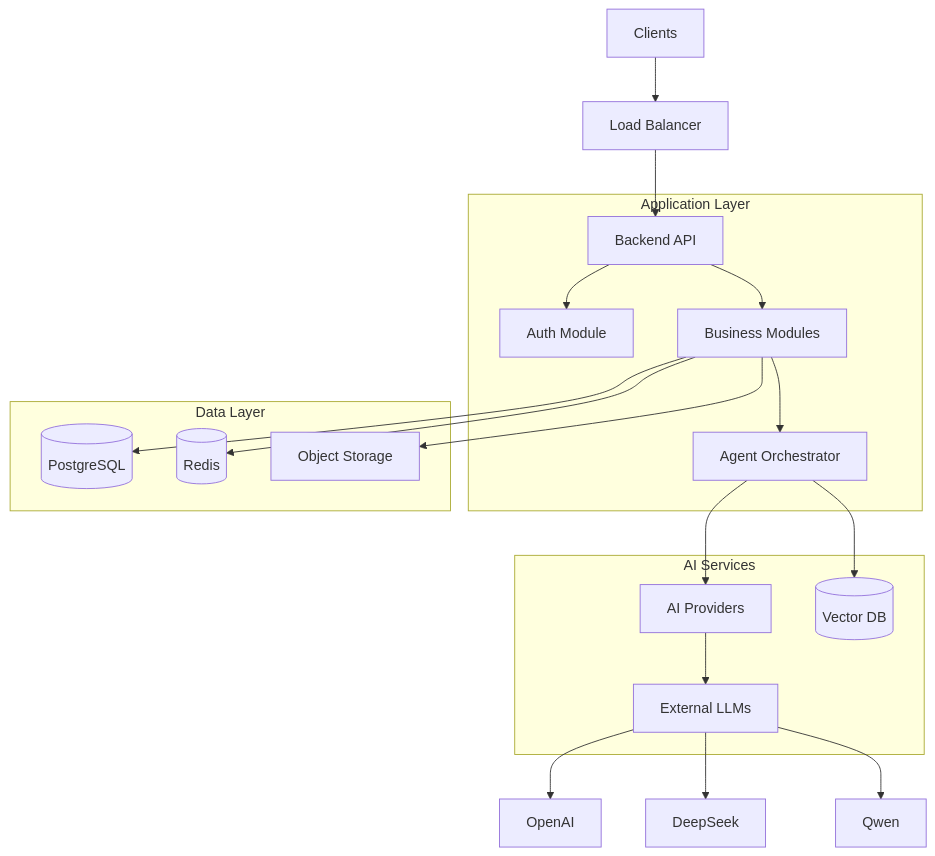
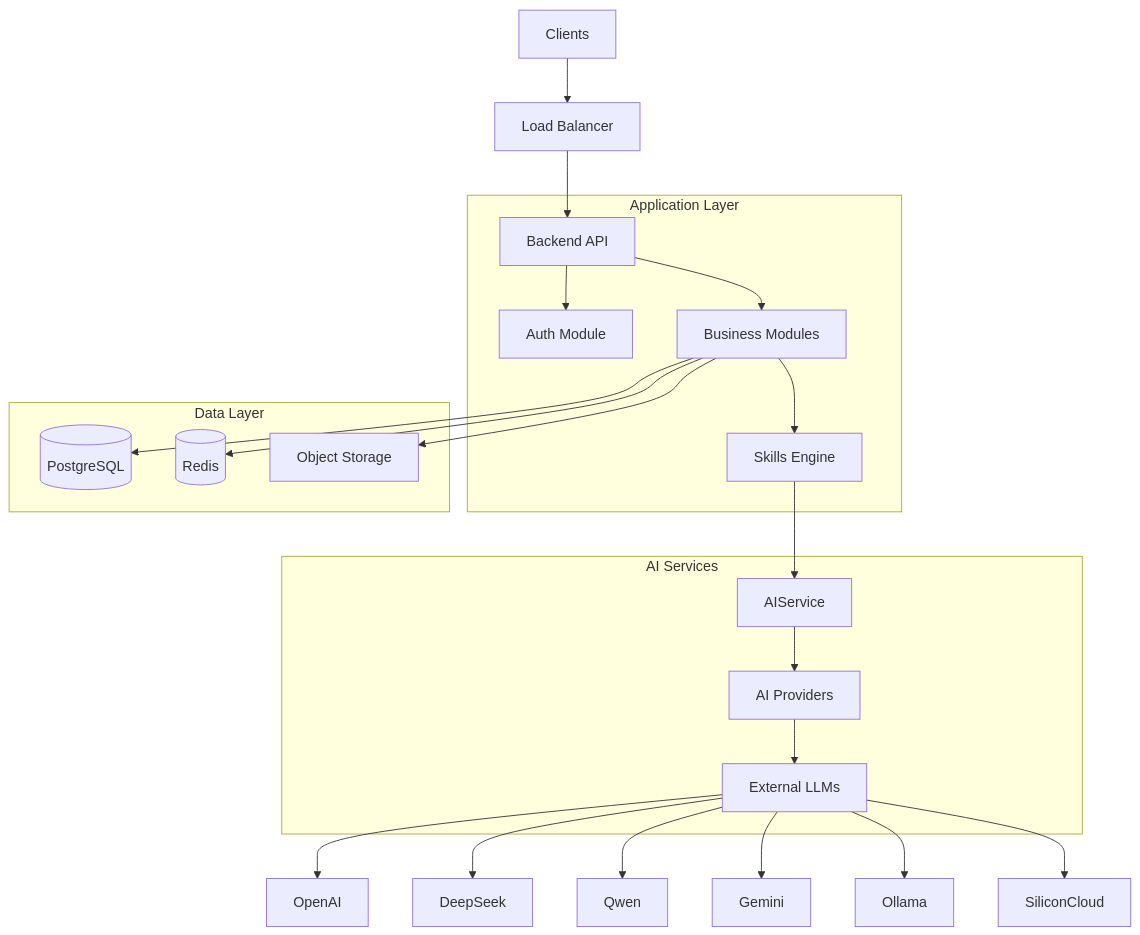
One commit to xuanyiying/IntervAI changed the first of 9 diagrams in docs/architecture/system-architecture.md. Above: the diagram before and after it, drawn with Mermaid. The commit also changed other lines of this file and 284 other files, not shown here.

````diff
--- a/docs/architecture/system-architecture.md
+++ b/docs/architecture/system-architecture.md
@@ -11,27 +11,30 @@
 ```mermaid
 graph TB
     Client[Clients] --> LB[Load Balancer]
     LB --> API[Backend API]
     
     subgraph "Application Layer"
         API --> Auth[Auth Module]
         API --> Biz[Business Modules]
-        Biz --> Agent[Agent Orchestrator]
+        Biz --> Skills[Skills Engine]
     end
 
     subgraph "Data Layer"
         Biz --> DB[(PostgreSQL)]
         Biz --> Cache[(Redis)]
         Biz --> Storage[Object Storage]
     end
 
     subgraph "AI Services"
-        Agent --> Providers[AI Providers]
+        Skills --> AI[AIService]
+        AI --> Providers[AI Providers]
         Providers --> LLMs[External LLMs]
-        Agent --> VectorDB[(Vector DB)]
     end
 
     LLMs --> OpenAI
     LLMs --> DeepSeek
     LLMs --> Qwen
+    LLMs --> Gemini
+    LLMs --> Ollama
+    LLMs --> SiliconCloud
 ```
````
